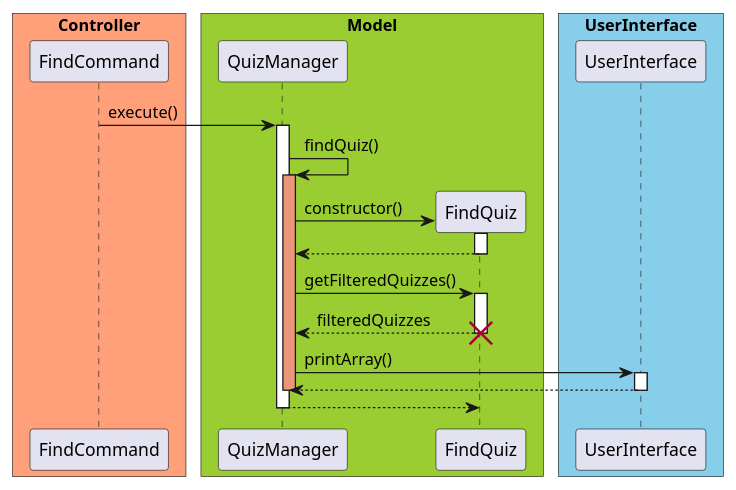
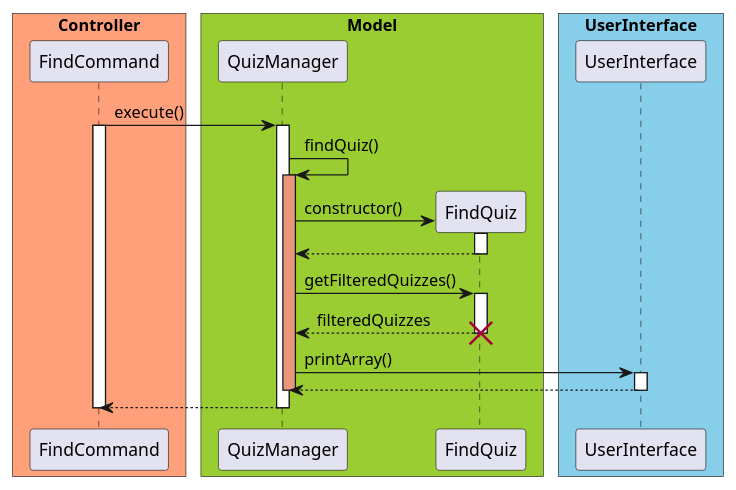
Before and after one commit to untitle4/tp: the diagram in docs/diagram/FindQuiz.puml, drawn with PlantUML. The commit also changed 4 other files, not shown here.

Commit message:
Add uml graph for quiz storage feature

```diff
--- a/docs/diagram/FindQuiz.puml
+++ b/docs/diagram/FindQuiz.puml
@@ -1,40 +1,42 @@
 @startuml
 
 skinparam ParticipantPadding 10
 skinparam BoxPadding 5
 
 box "Controller" #LightSalmon
 participant FindCommand
 end box
 
 box "Model" #YellowGreen
 participant QuizManager
 participant FindQuiz
 end box
 
 box "UserInterface" #skyblue
 participant UserInterface
 end box
 
 FindCommand -> QuizManager : execute()
+activate FindCommand
 activate QuizManager
 QuizManager -> QuizManager : findQuiz()
 activate QuizManager #DarkSalmon
 QuizManager -> FindQuiz ** : constructor()
 activate FindQuiz
 FindQuiz --> QuizManager
 deactivate FindQuiz
 QuizManager -> FindQuiz : getFilteredQuizzes()
 activate FindQuiz
 FindQuiz --> QuizManager : filteredQuizzes
 deactivate FindQuiz
 destroy FindQuiz
 QuizManager -> UserInterface : printArray()
 activate UserInterface
 UserInterface --> QuizManager
 deactivate UserInterface
 deactivate QuizManager
-QuizManager --> FindQuiz
+QuizManager --> FindCommand
 deactivate QuizManager
+deactivate FindCommand
 
 @enduml
```
